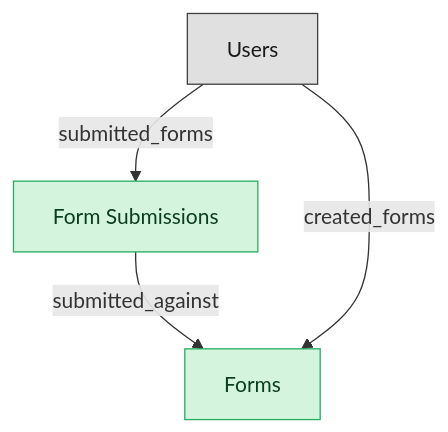
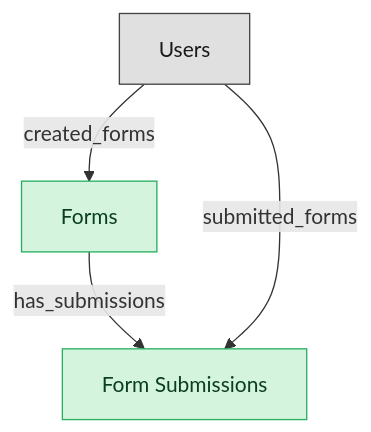
The diagram in catalog/blueprints/work-mgmt-intake-semantic-blueprint.md (IntranetFactory/domain-map), drawn with Mermaid before and after one commit. The commit also changed other lines of this file and 122 other files, not shown here.

````diff
--- a/catalog/blueprints/work-mgmt-intake-semantic-blueprint.md
+++ b/catalog/blueprints/work-mgmt-intake-semantic-blueprint.md
@@ -34,14 +35,14 @@
 ```mermaid
 flowchart TD
   classDef master fill:#d4f4dd,stroke:#27ae60,color:#0b3d20;
   classDef platform_builtin fill:#e0e0e0,stroke:#424242,color:#1a1a1a;
   work_forms["Forms"]
   work_form_submissions["Form Submissions"]
   users["Users"]
-  work_form_submissions -->|"submitted_against"| work_forms
+  work_forms -->|"has_submissions"| work_form_submissions
   users -->|"created_forms"| work_forms
   users -->|"submitted_forms"| work_form_submissions
   class work_forms master;
   class work_form_submissions master;
   class users platform_builtin;
 ```
````
